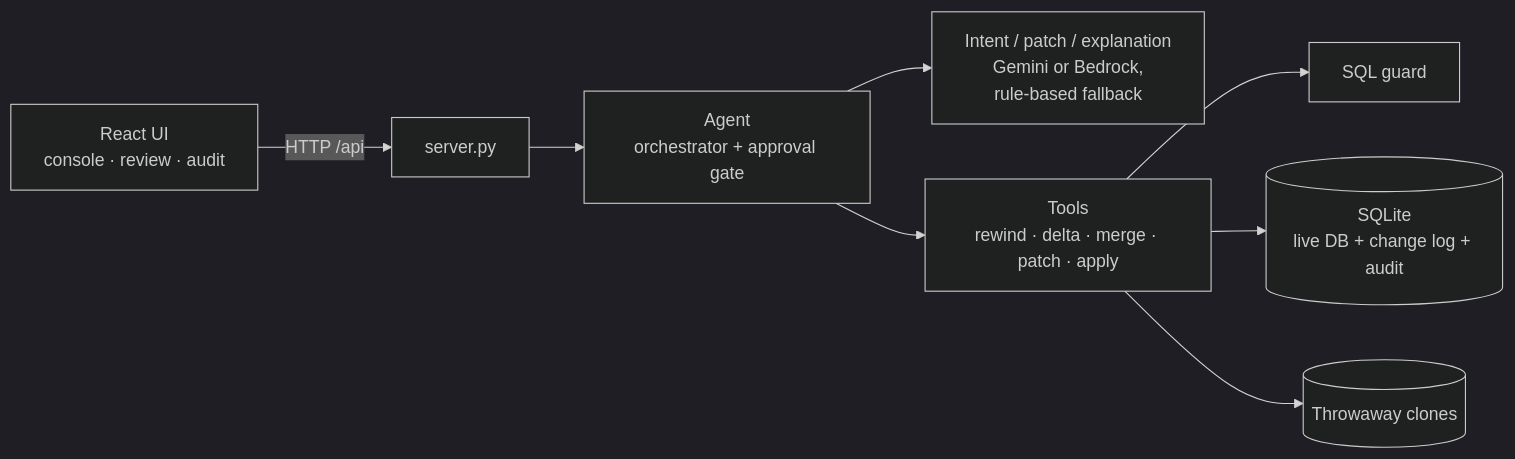
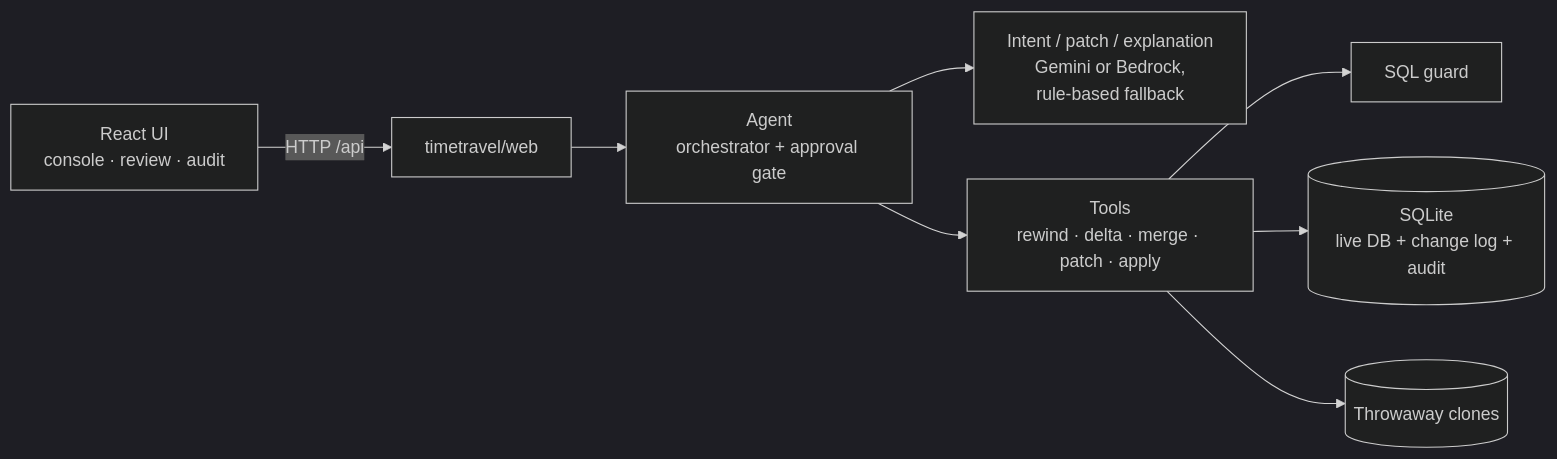
One commit to HamidKhan1001/Time-Travel_db_and_bug_rewinder changed the diagram in README.md. Above: the diagram before and after it, drawn with Mermaid (dark theme). The commit also changed other lines of this file and 60 other files, not shown here.

First line of the commit message:
Restructure the HTTP layer into timetravel/web, widen lint, add startup and stream tests

````diff
--- a/README.md
+++ b/README.md
@@ -57,10 +57,10 @@
 ```mermaid
 flowchart LR
-    UI["React UI<br/>console · review · audit"] -->|HTTP /api| API["server.py"]
+    UI["React UI<br/>console · review · audit"] -->|HTTP /api| API["timetravel/web"]
     API --> AGENT["Agent<br/>orchestrator + approval gate"]
     AGENT --> LLM["Intent / patch / explanation<br/>Gemini or Bedrock,<br/>rule-based fallback"]
     AGENT --> TOOLS["Tools<br/>rewind · delta · merge · patch · apply"]
     TOOLS --> GUARD["SQL guard"]
     TOOLS --> DB[("SQLite<br/>live DB + change log + audit")]
     TOOLS --> CLONE[("Throwaway clones")]
 ```
````
